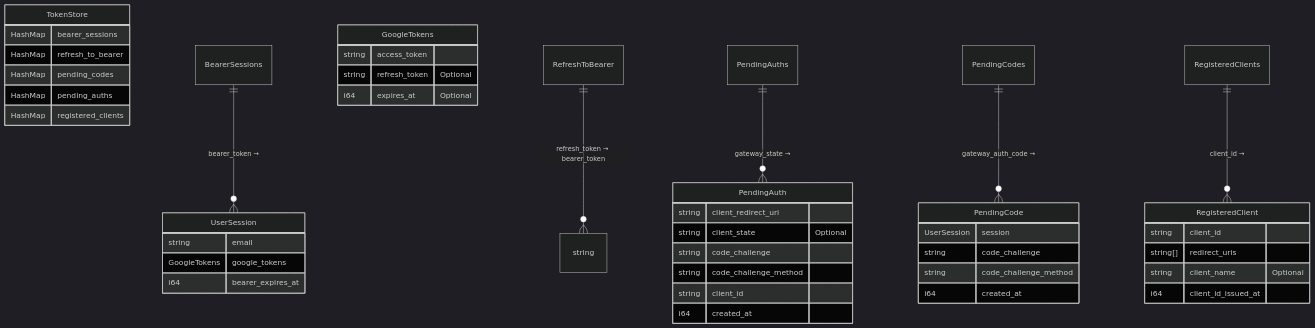
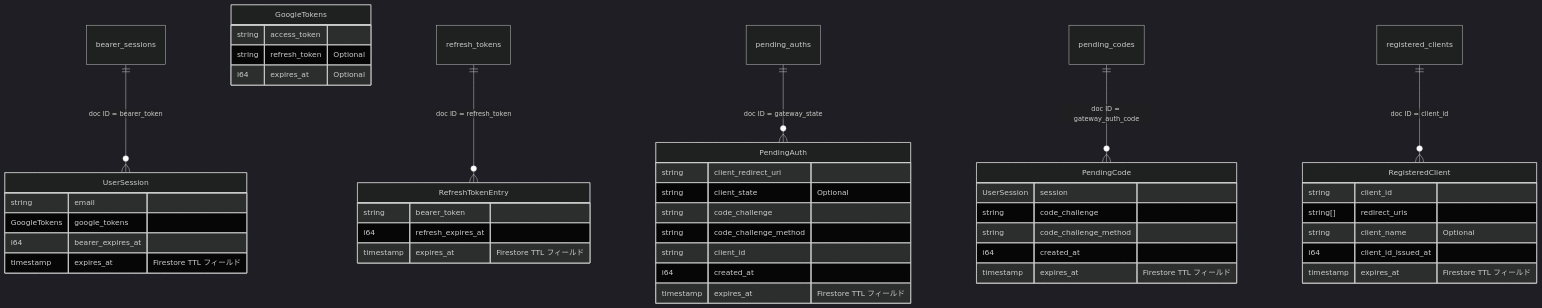
One commit to kushim-team/gws-cli changed the tenth of 10 diagrams in specs/remote-mcp-gateway/auth-flows.md. Above: the diagram before and after it, drawn with Mermaid (dark theme). The commit also changed other lines of this file and 2 other files, not shown here.

Commit message:
feat: implement stateless architecture with Firestore migration and independent TTL for refresh tokens

````diff
--- a/specs/remote-mcp-gateway/auth-flows.md
+++ b/specs/remote-mcp-gateway/auth-flows.md
@@ -266,50 +305,51 @@
 ```mermaid
 erDiagram
-    TokenStore {
-        HashMap bearer_sessions
-        HashMap refresh_to_bearer
-        HashMap pending_codes
-        HashMap pending_auths
-        HashMap registered_clients
-    }
-
-    BearerSessions ||--o{ UserSession : "bearer_token → "
+    bearer_sessions ||--o{ UserSession : "doc ID = bearer_token"
     UserSession {
         string email
         GoogleTokens google_tokens
         i64 bearer_expires_at
+        timestamp expires_at "Firestore TTL フィールド"
     }
     GoogleTokens {
         string access_token
         string refresh_token "Optional"
         i64 expires_at "Optional"
     }
 
-    RefreshToBearer ||--o{ string : "refresh_token → bearer_token"
+    refresh_tokens ||--o{ RefreshTokenEntry : "doc ID = refresh_token"
+    RefreshTokenEntry {
+        string bearer_token
+        i64 refresh_expires_at
+        timestamp expires_at "Firestore TTL フィールド"
+    }
 
-    PendingAuths ||--o{ PendingAuth : "gateway_state → "
+    pending_auths ||--o{ PendingAuth : "doc ID = gateway_state"
     PendingAuth {
         string client_redirect_uri
         string client_state "Optional"
         string code_challenge
         string code_challenge_method
         string client_id
         i64 created_at
+        timestamp expires_at "Firestore TTL フィールド"
     }
 
-    PendingCodes ||--o{ PendingCode : "gateway_auth_code → "
+    pending_codes ||--o{ PendingCode : "doc ID = gateway_auth_code"
     PendingCode {
         UserSession session
         string code_challenge
         string code_challenge_method
         i64 created_at
+        timestamp expires_at "Firestore TTL フィールド"
     }
 
-    RegisteredClients ||--o{ RegisteredClient : "client_id → "
+    registered_clients ||--o{ RegisteredClient : "doc ID = client_id"
     RegisteredClient {
         string client_id
         string[] redirect_uris
         string client_name "Optional"
         i64 client_id_issued_at
+        timestamp expires_at "Firestore TTL フィールド"
     }
 ```
````
